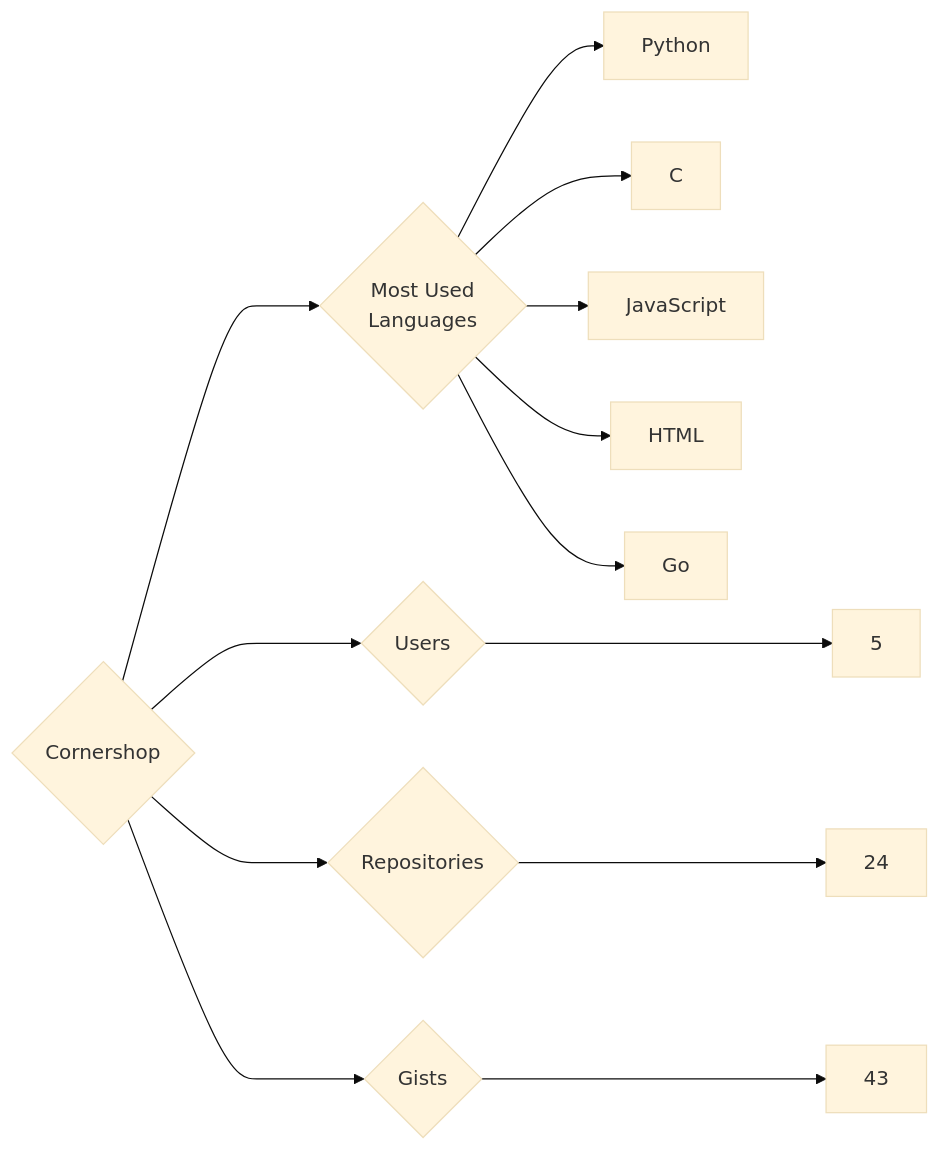
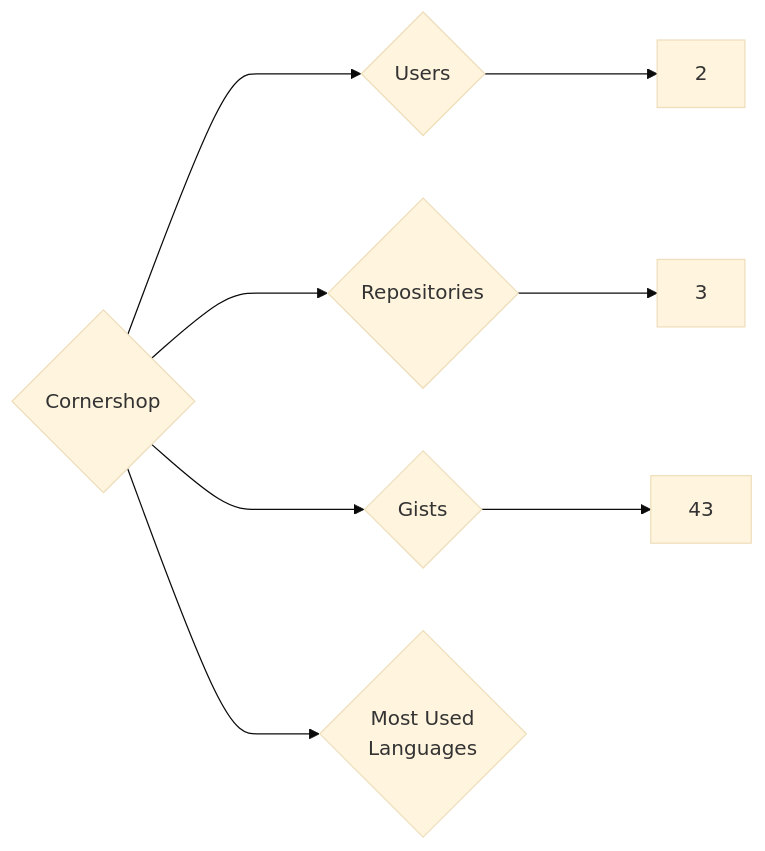
Before and after one commit to trickest/insiders: the diagram in targets/Cornershop/README.md, drawn with Mermaid (base theme). The commit also changed 1088 other files, not shown here.

````diff
--- a/targets/Cornershop/README.md
+++ b/targets/Cornershop/README.md
@@ -3,13 +3,8 @@
 ```mermaid
 graph LR
 COMPANY_NAME{Cornershop}
-COMPANY_NAME ---> U{Users} ---> UN[5]
-COMPANY_NAME ---> R{Repositories} ---> RN[24]
+COMPANY_NAME ---> U{Users} ---> UN[2]
+COMPANY_NAME ---> R{Repositories} ---> RN[3]
 COMPANY_NAME ---> G{Gists} ---> GN[43]
 COMPANY_NAME ---> ML{Most Used<br>Languages}
-ML --> Python[Python]
-ML --> C[C]
-ML --> JavaScript[JavaScript]
-ML --> HTML[HTML]
-ML --> Go[Go]
 ```
````
